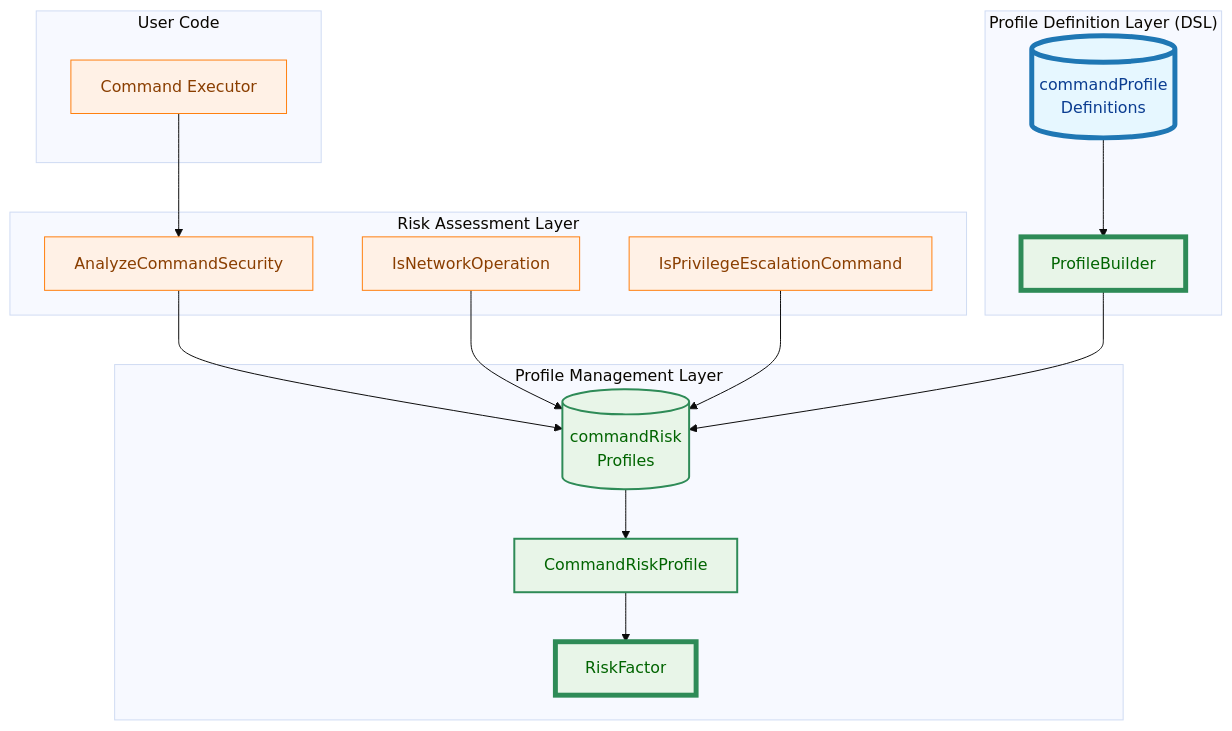
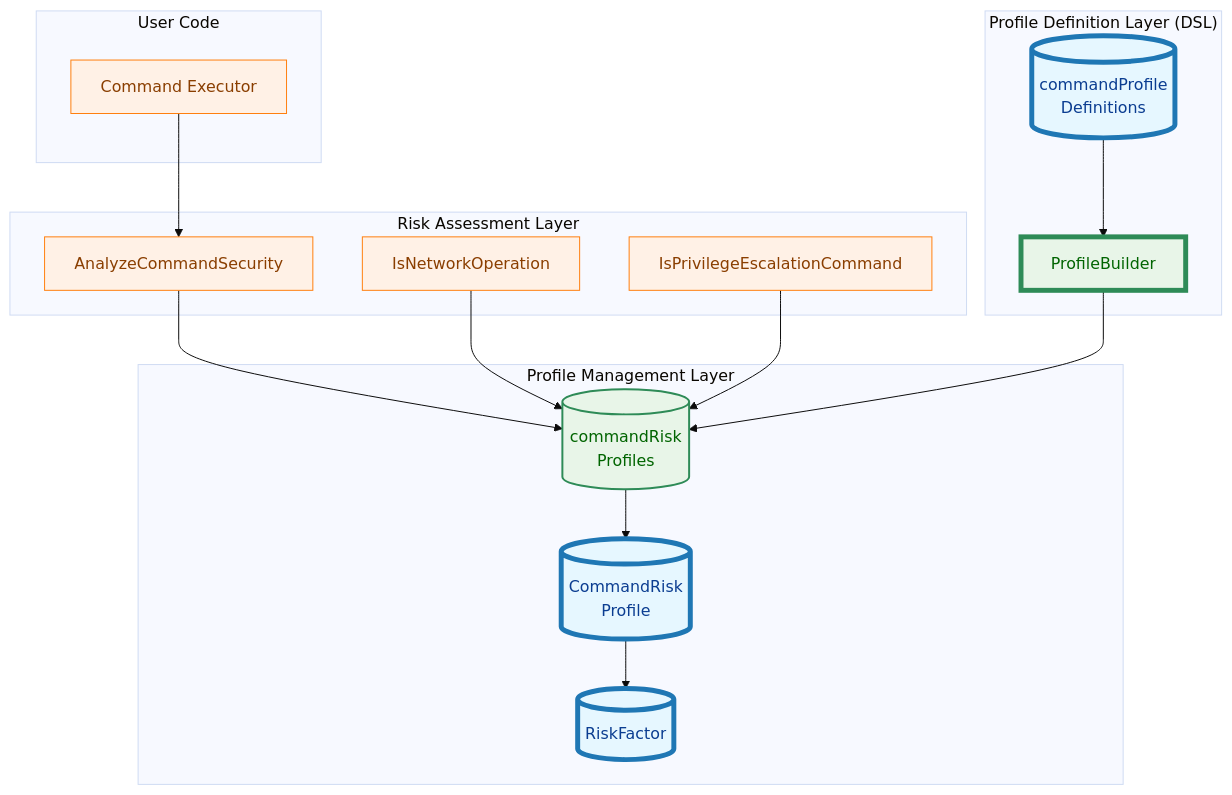
Before and after one commit to isseis/go-safe-cmd-runner: the first of 3 diagrams in docs/tasks/0029_risk_profile_redesign/02_architecture.md, drawn with Mermaid (base theme).

Commit message:
fix: update node style to be consistent with its role

````diff
--- a/docs/tasks/0029_risk_profile_redesign/02_architecture.md
+++ b/docs/tasks/0029_risk_profile_redesign/02_architecture.md
@@ -35,45 +35,45 @@
 ```mermaid
 graph TB
     classDef data fill:#e6f7ff,stroke:#1f77b4,stroke-width:1px,color:#0b3d91;
     classDef process fill:#fff1e6,stroke:#ff7f0e,stroke-width:1px,color:#8a3e00;
     classDef enhanced fill:#e8f5e8,stroke:#2e8b57,stroke-width:2px,color:#006400;
     classDef new fill:#e8f5e8,stroke:#2e8b57,stroke-width:5px,color:#006400;
     classDef newData fill:#e6f7ff,stroke:#1f77b4,stroke-width:5px,color:#0b3d91;
 
     subgraph "User Code"
         A[Command Executor]
     end
 
     subgraph "Risk Assessment Layer"
         B[AnalyzeCommandSecurity]
         C[IsNetworkOperation]
         D[IsPrivilegeEscalationCommand]
     end
 
     subgraph "Profile Management Layer"
         E[("commandRisk<br>Profiles")]
-        F[CommandRiskProfile]
-        G[RiskFactor]
+        F[("CommandRisk<br>Profile")]
+        G[("RiskFactor")]
     end
 
     subgraph "Profile Definition Layer (DSL)"
         H[ProfileBuilder]
         I[("commandProfile<br>Definitions")]
     end
 
     A --> B
     B --> E
     C --> E
     D --> E
     E --> F
     F --> G
     I --> H
     H --> E
 
     class A process;
     class B,C,D process;
     class E enhanced;
-    class F enhanced;
-    class G,H new;
+    class F,G newData;
+    class H new;
     class I newData;
 ```
````
